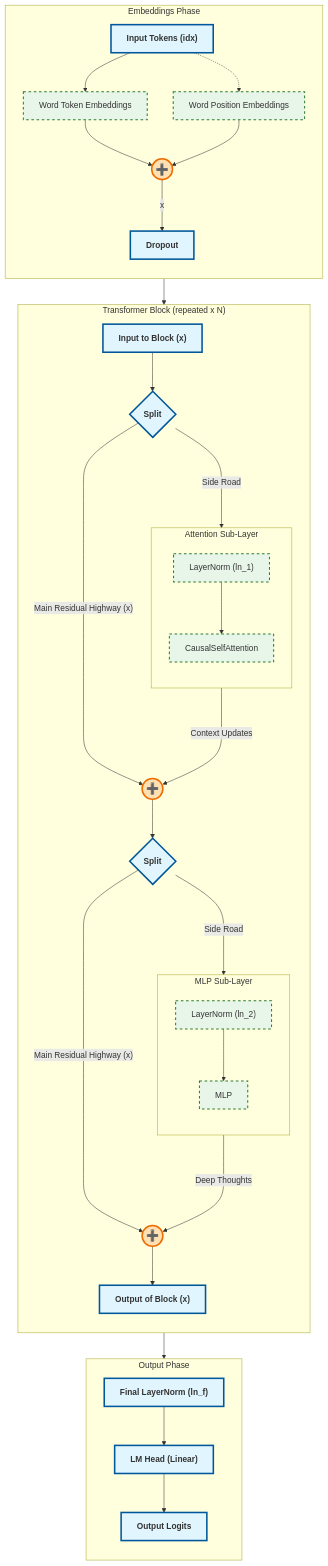
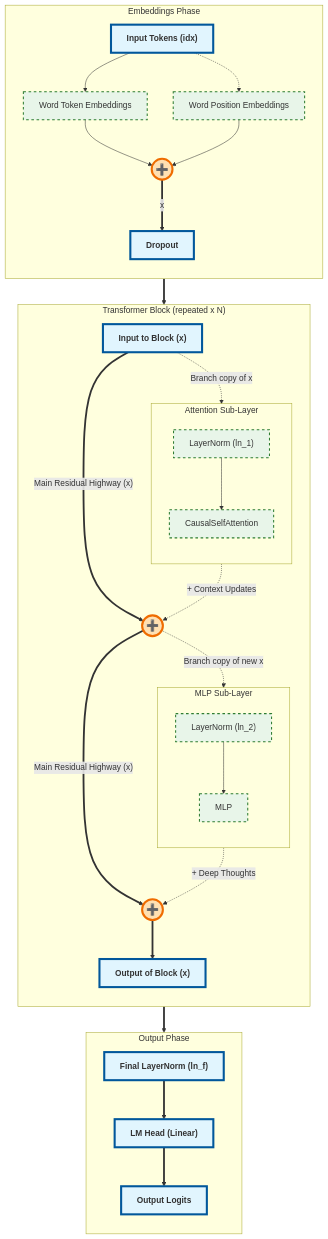
The diagram in assets/model_architecture.md (w3lldo/nanoGPT), drawn with Mermaid before and after one commit. The commit also changed 12 other files, not shown here.

````diff
--- a/assets/model_architecture.md
+++ b/assets/model_architecture.md
@@ -3,83 +3,71 @@
 ```mermaid
 graph TD
-    classDef main fill:#e1f5fe,stroke:#01579b,stroke-width:3px,font-weight:bold;
+    classDef highway fill:#e1f5fe,stroke:#01579b,stroke-width:4px,font-weight:bold;
     classDef side fill:#e8f5e9,stroke:#2e7d32,stroke-width:2px,stroke-dasharray: 5 5;
-    classDef merge fill:#ffe0b2,stroke:#ef6c00,stroke-width:3px,font-size:20px;
+    classDef merge fill:#ffe0b2,stroke:#ef6c00,stroke-width:4px,font-size:20px;
 
-    Input["Input Tokens (idx)"]:::main
+    Input["Input Tokens (idx)"]:::highway
     
     subgraph "Embeddings Phase"
         direction TB
         WTE["Word Token Embeddings"]:::side
         WPE["Word Position Embeddings"]:::side
         Add_Emb(("➕")):::merge
-        Drop["Dropout"]:::main
+        Drop["Dropout"]:::highway
         
         Input --> WTE
         Input -.-> WPE
         WTE --> Add_Emb
         WPE --> Add_Emb
-        Add_Emb -->|"x"| Drop
+        Add_Emb ==>|"x"| Drop
     end
     
     subgraph "Transformer Block (repeated x N)"
         direction TB
         
-        Input_Block["Input to Block (x)"]:::main
-        Drop --> Input_Block
+        Input_Block["Input to Block (x)"]:::highway
+        Drop ==> Input_Block
 
-        %% ATTENTION BRANCH
-        Fork1{"Split"}:::main
-        Input_Block --> Fork1
-        
-        %% The main residual highway bypasses Attention
-        Fork1 --->|"Main Residual Highway (x)"| Add1
-        
-        %% The side road into Attention
+        %% 1. The Main Unbroken Highway
+        Add1(("➕")):::merge
+        Add2(("➕")):::merge
+        Output_Block["Output of Block (x)"]:::highway
+
+        %% The massive unbroken vertical chain!
+        Input_Block ==>|"Main Residual Highway (x)"| Add1
+        Add1 ==>|"Main Residual Highway (x)"| Add2
+        Add2 ==> Output_Block
+
+        %% 2. The Attention Side-Branch
         subgraph "Attention Sub-Layer"
             direction TB
             LN1["LayerNorm (ln_1)"]:::side
             Attn["CausalSelfAttention"]:::side
+            LN1 --> Attn
         end
-        Fork1 --->|"Side Road"| LN1
-        LN1 --> Attn
+        Input_Block -.->|"Branch copy of x"| LN1
+        Attn -.->|"+ Context Updates"| Add1
         
-        %% Merge back to highway
-        Add1(("➕")):::merge
-        Attn --->|"Context Updates"| Add1
-        
-        %% MLP BRANCH
-        Fork2{"Split"}:::main
-        Add1 --> Fork2
-        
-        %% The main residual highway bypasses MLP
-        Fork2 --->|"Main Residual Highway (x)"| Add2
-        
-        %% The side road into MLP
+        %% 3. The MLP Side-Branch
         subgraph "MLP Sub-Layer"
             direction TB
             LN2["LayerNorm (ln_2)"]:::side
             MLP["MLP"]:::side
+            LN2 --> MLP
         end
-        Fork2 --->|"Side Road"| LN2
-        LN2 --> MLP
+        Add1 -.->|"Branch copy of new x"| LN2
+        MLP -.->|"+ Deep Thoughts"| Add2
         
-        %% Merge back to highway
-        Add2(("➕")):::merge
-        MLP --->|"Deep Thoughts"| Add2
-        
-        Output_Block["Output of Block (x)"]:::main
-        Add2 --> Output_Block
     end
     
     subgraph "Output Phase"
         direction TB
-        LN_F["Final LayerNorm (ln_f)"]:::main
-        LM_Head["LM Head (Linear)"]:::main
-        Logits["Output Logits"]:::main
+        LN_F["Final LayerNorm (ln_f)"]:::highway
+        LM_Head["LM Head (Linear)"]:::highway
+        Logits["Output Logits"]:::highway
         
-        Output_Block --> LN_F
-        LN_F --> LM_Head
-        LM_Head --> Logits
+        Output_Block ==> LN_F
+        LN_F ==> LM_Head
+        LM_Head ==> Logits
     end
 ```
````
